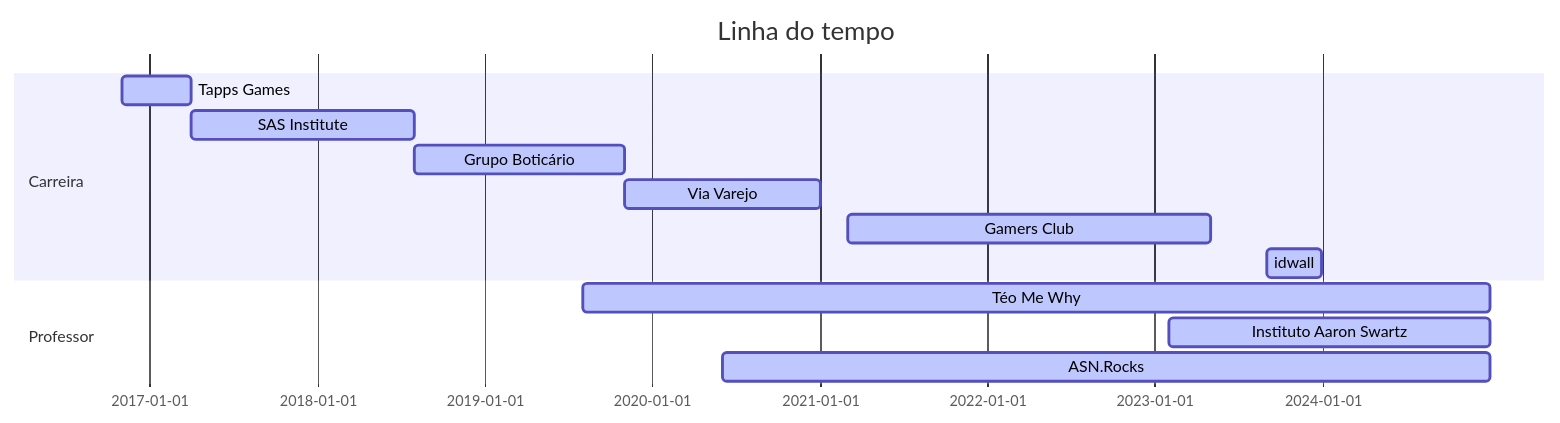
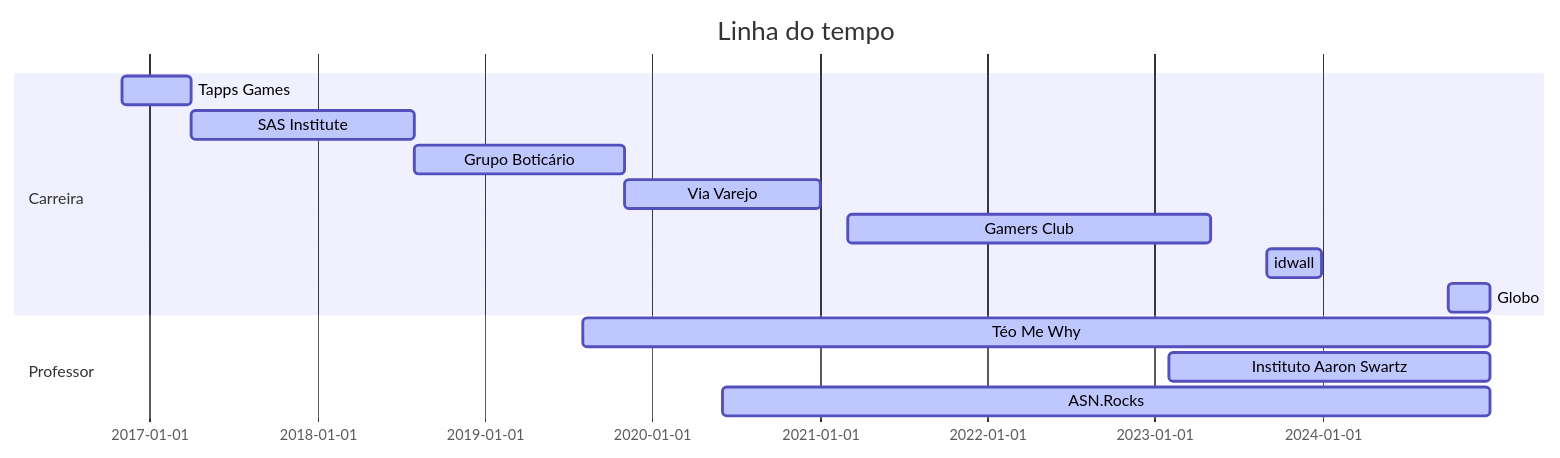
The diagram in README.md (TeoCalvo/TeoCalvo), drawn with Mermaid before and after one commit.

````diff
--- a/README.md
+++ b/README.md
@@ -6,19 +6,20 @@
 ```mermaid
 
 gantt
 dateFormat  YYYY-MM-DD
 title Linha do tempo
 
 section Carreira
 Tapps Games           :active,, 2016-11-01,2017-04-01
 SAS Institute         :active,, 2017-04-01,2018-08-01
 Grupo Boticário       :active,, 2018-08-01,2019-11-01
 Via Varejo            :active,, 2019-11-01,2021-01-01
 Gamers Club           :active,, 2021-03-01,2023-05-01
 idwall                :active,, 2023-09-01,2023-12-31
+Globo                :active,, 2024-10-01,2024-12-31
 
 section Professor
 Téo Me Why             :active,, 2019-08-01,2024-12-31
 Instituto Aaron Swartz :active,, 2023-02-01,2024-12-31
 ASN.Rocks              :active,, 2020-06-01,2024-12-31
 ```
````
